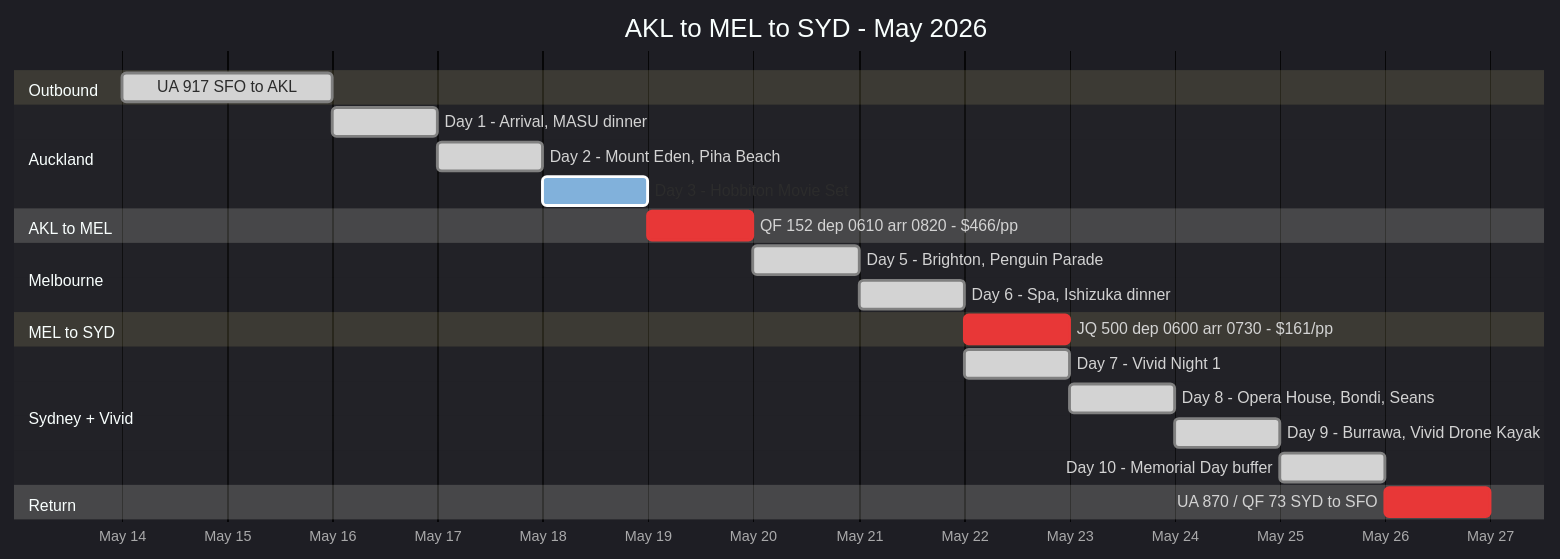
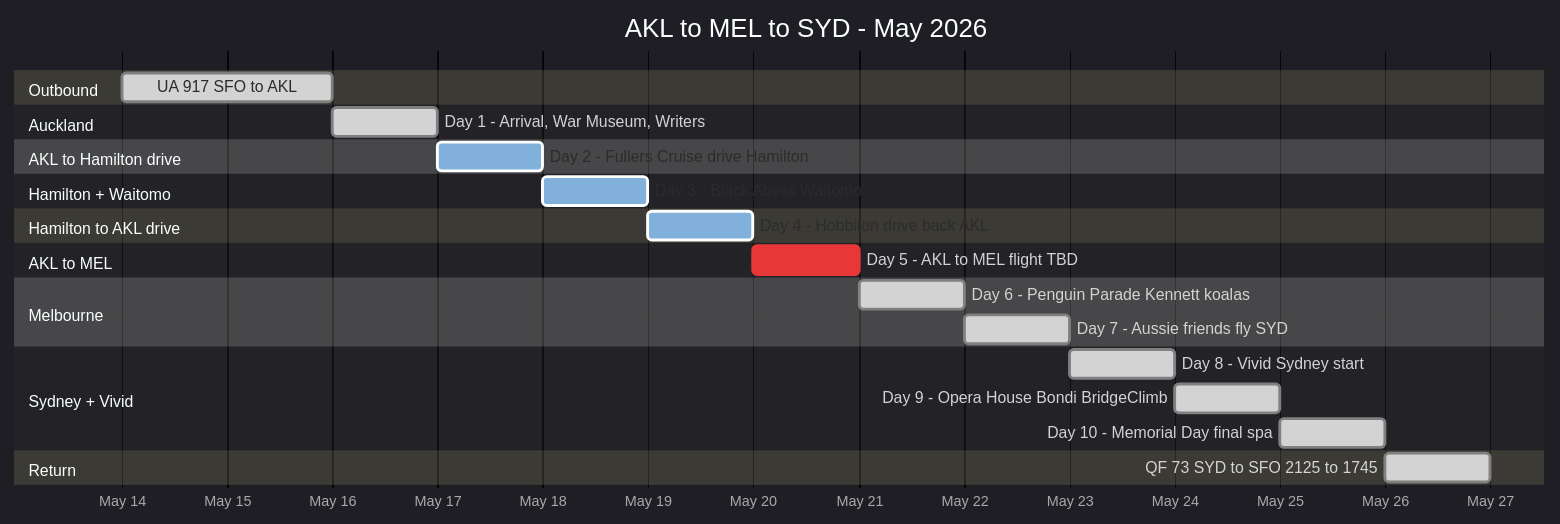
The first of 3 diagrams in README.md (allstoncodes/nz-aus-2026), drawn with Mermaid before and after one commit. The commit also changed other lines of this file and 1 other file, not shown here.

Commit message:
v6: GCal-aligned 11-day itinerary, QF 73 return BOOKED, Hamilton + Waitomo + Hobbiton self-drive leg, Selena/Corey/Andrew recs, Sydney 5/23-25 reset to TBD

````diff
--- a/README.md
+++ b/README.md
@@ -11,34 +18,37 @@
 ```mermaid
 %%{init: {'theme':'dark'}}%%
 gantt
     dateFormat  YYYY-MM-DD
     title       AKL to MEL to SYD - May 2026
     axisFormat  %b %d
 
     section Outbound
     UA 917 SFO to AKL                    :done,    f0, 2026-05-14, 2d
 
     section Auckland
-    Day 1 - Arrival, MASU dinner         :done,    a1, 2026-05-16, 1d
-    Day 2 - Mount Eden, Piha Beach       :done,    a2, 2026-05-17, 1d
-    Day 3 - Hobbiton Movie Set           :active,  a3, 2026-05-18, 1d
+    Day 1 - Arrival, War Museum, Writers :done,    a1, 2026-05-16, 1d
+
+    section AKL to Hamilton drive
+    Day 2 - Fullers Cruise drive Hamilton :active, a2, 2026-05-17, 1d
+
+    section Hamilton + Waitomo
+    Day 3 - Black Abyss Waitomo          :active,  h1, 2026-05-18, 1d
+
+    section Hamilton to AKL drive
+    Day 4 - Hobbiton drive back AKL      :active,  h2, 2026-05-19, 1d
 
     section AKL to MEL
-    QF 152 dep 0610 arr 0820 - $466/pp   :crit,    f1, 2026-05-19, 1d
+    Day 5 - AKL to MEL flight TBD        :crit,    f1, 2026-05-20, 1d
 
     section Melbourne
-    Day 5 - Brighton, Penguin Parade     :done,    m1, 2026-05-20, 1d
-    Day 6 - Spa, Ishizuka dinner         :done,    m2, 2026-05-21, 1d
-
-    section MEL to SYD
-    JQ 500 dep 0600 arr 0730 - $161/pp   :crit,    f2, 2026-05-22, 1d
+    Day 6 - Penguin Parade Kennett koalas :done,   m1, 2026-05-21, 1d
+    Day 7 - Aussie friends fly SYD        :done,   m2, 2026-05-22, 1d
 
     section Sydney + Vivid
-    Day 7 - Vivid Night 1                :done,    s0, 2026-05-22, 1d
-    Day 8 - Opera House, Bondi, Seans    :done,    s1, 2026-05-23, 1d
-    Day 9 - Burrawa, Vivid Drone Kayak   :done,    s2, 2026-05-24, 1d
-    Day 10 - Memorial Day buffer         :done,    s3, 2026-05-25, 1d
+    Day 8 - Vivid Sydney start            :done,   s1, 2026-05-23, 1d
+    Day 9 - Opera House Bondi BridgeClimb :done,   s2, 2026-05-24, 1d
+    Day 10 - Memorial Day final spa       :done,   s3, 2026-05-25, 1d
 
     section Return
-    UA 870 / QF 73 SYD to SFO            :crit,    f3, 2026-05-26, 1d
+    QF 73 SYD to SFO 2125 to 1745        :done,    f3, 2026-05-26, 1d
 ```
````
